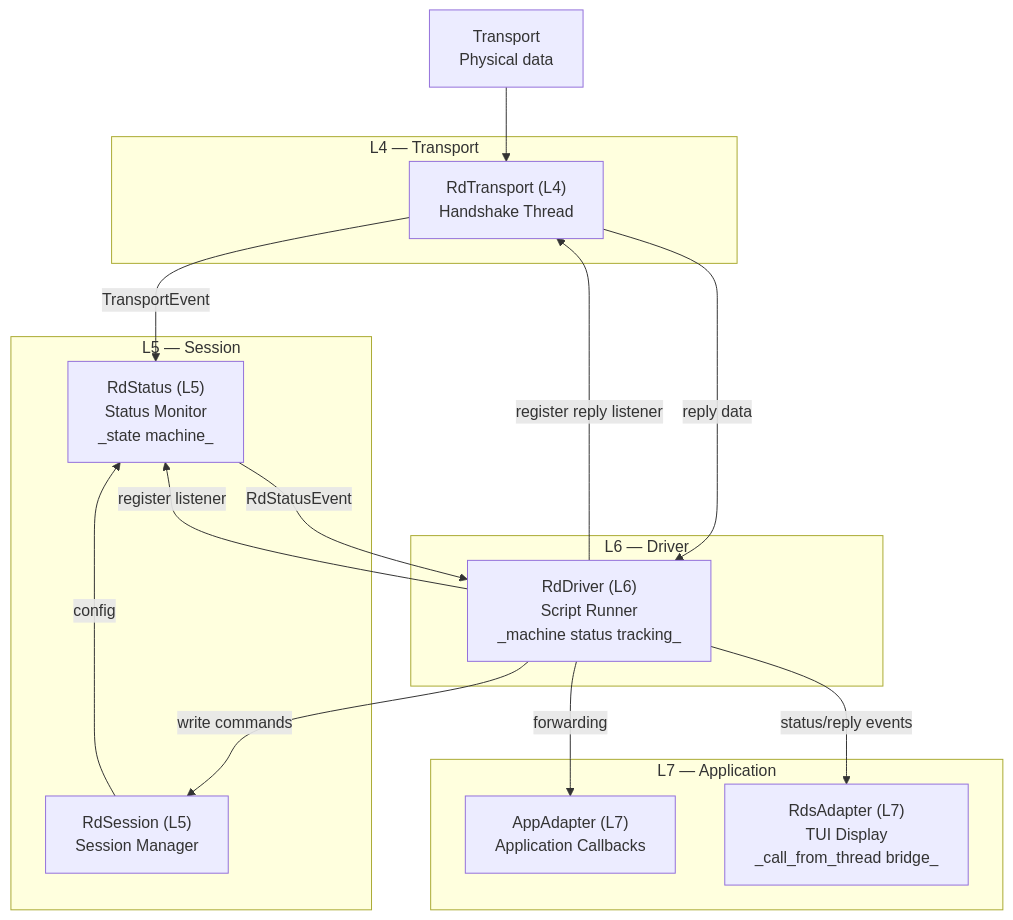
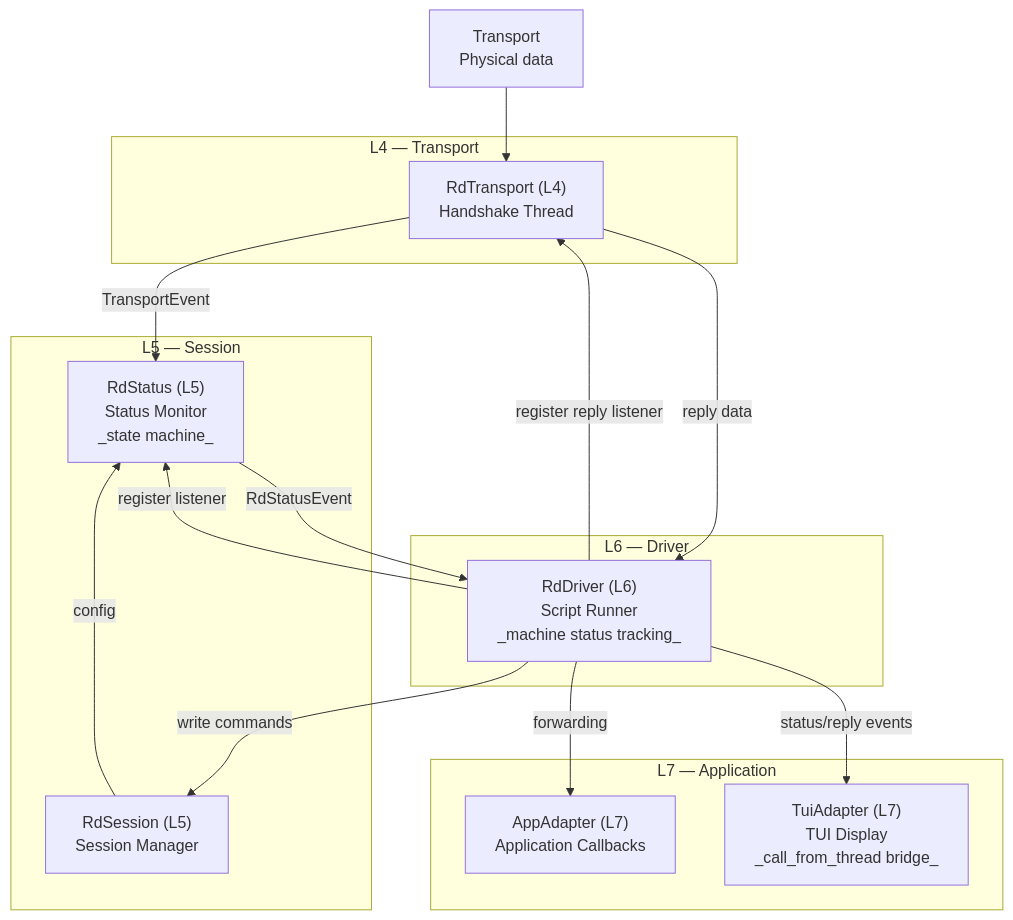
The sixth of 6 diagrams in docs/designs/RuidaDriver-functional.md (StevenIsaacs/ruida-protocol-analyzer), drawn with Mermaid before and after one commit. The commit also changed other lines of this file and 2 other files, not shown here.

First line of the commit message:
rds_adapter: deep object tree memory measurement + rename to TuiAdapter

````diff
--- a/docs/designs/RuidaDriver-functional.md
+++ b/docs/designs/RuidaDriver-functional.md
@@ -1064,39 +1064,39 @@
 ```mermaid
 flowchart TD
     TE["Transport\nPhysical data"]
     RD["RdTransport (L4)\nHandshake Thread"]
     SE["RdStatus (L5)\nStatus Monitor\n_state machine_"]
     SS["RdSession (L5)\nSession Manager"]
     DR["RdDriver (L6)\nScript Runner\n_machine status tracking_"]
     AA["AppAdapter (L7)\nApplication Callbacks"]
-    TUI["RdsAdapter (L7)\nTUI Display\n_call_from_thread bridge_"]
+    TUI["TuiAdapter (L7)\nTUI Display\n_call_from_thread bridge_"]
 
     subgraph L4 [L4 — Transport]
         RD
     end
 
     subgraph L5 [L5 — Session]
         SS
         SE
     end
 
     subgraph L6 [L6 — Driver]
         DR
     end
 
     subgraph L7 [L7 — Application]
         AA
         TUI
     end
 
     TE --> RD
     RD -- TransportEvent --> SE
     RD -- reply data --> DR
     SS -- config --> SE
     DR -- register listener --> SE
     DR -- register reply listener --> RD
     DR -- write commands --> SS
     SE -- RdStatusEvent --> DR
     DR -- forwarding --> AA
     DR -- status/reply events --> TUI
 ```
````
